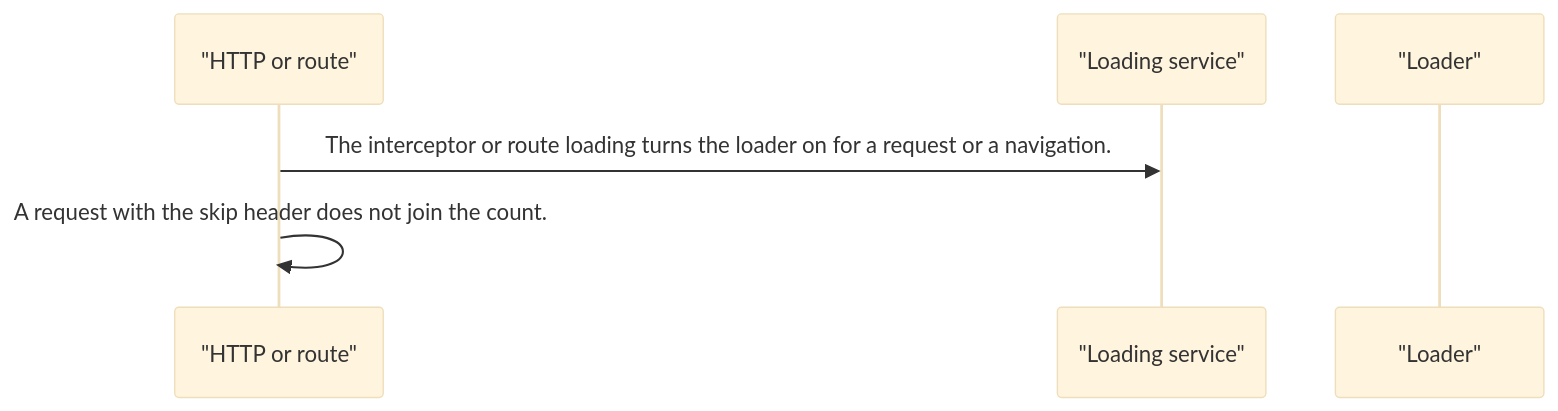
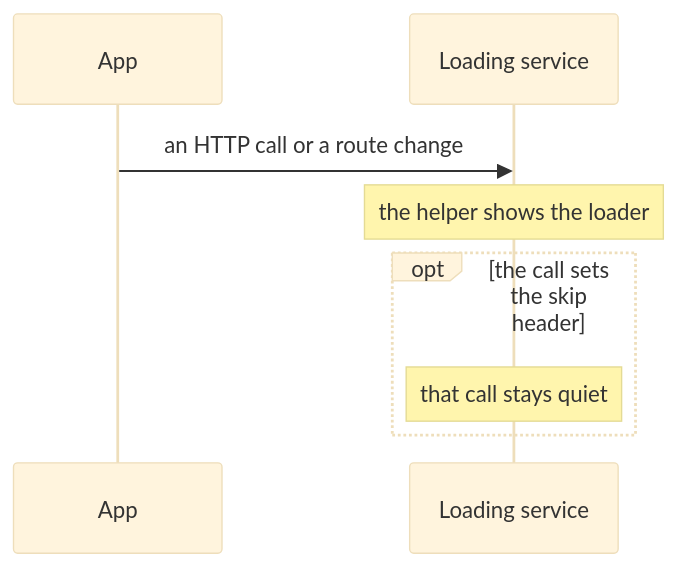
Before and after one commit to RajshekharBorate/pixel-ui: the fourth of 5 diagrams in projects/pixel-ui/src/lib/pixel-loader/DESIGN.md, drawn with Mermaid (base theme). The commit also changed other lines of this file and 73 other files, not shown here.

Commit message:
Explain who owns each value and what each flow does in every component and service design.

````diff
--- a/projects/pixel-ui/src/lib/pixel-loader/DESIGN.md
+++ b/projects/pixel-ui/src/lib/pixel-loader/DESIGN.md
@@ -80,8 +108,10 @@
 ```mermaid
 sequenceDiagram
-  participant http as "HTTP or route"
-  participant service as "Loading service"
-  participant loader as "Loader"
-  http->>service: The interceptor or route loading turns the loader on for a request or a navigation.
-  http->>http: A request with the skip header does not join the count.
+  participant App
+  participant Service as Loading service
+  App->>Service: an HTTP call or a route change
+  Note over Service: the helper shows the loader
+  opt the call sets the skip header
+    Note over Service: that call stays quiet
+  end
 ```
````
